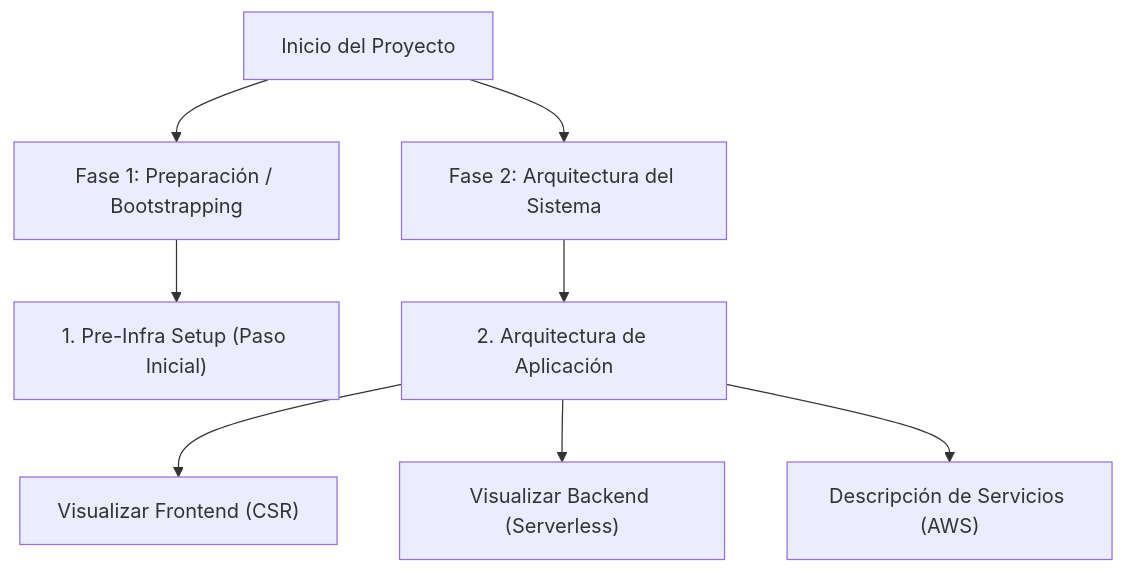
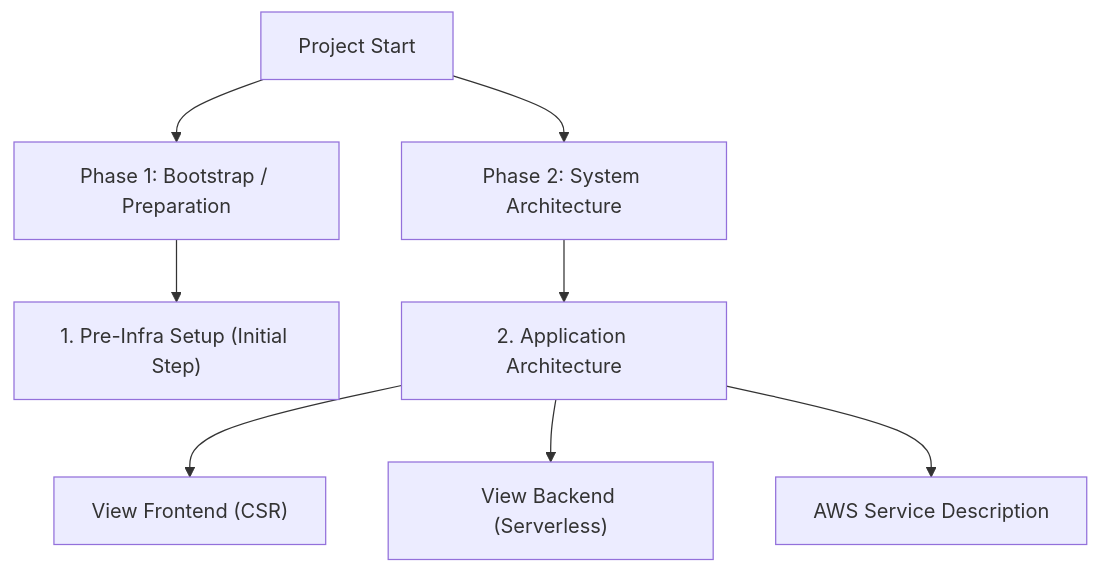
The diagram in docs/README.md (Beep1608/cleanmybelly), drawn with Mermaid before and after one commit. The commit also changed other lines of this file and 5 other files, not shown here.

````diff
--- a/docs/README.md
+++ b/docs/README.md
@@ -11,20 +11,20 @@
 ```mermaid
 graph TD
-    Start[Inicio del Proyecto] --> Phase1[Fase 1: Preparación / Bootstrapping]
-    Start --> Phase2[Fase 2: Arquitectura del Sistema]
+    Start[Project Start] --> Phase1[Phase 1: Bootstrap / Preparation]
+    Start --> Phase2[Phase 2: System Architecture]
 
-    Phase1 --> Link1["1. Pre-Infra Setup (Paso Inicial)"]
-    click Link1 "pre-infra/README.md" "Ir a Guía Pre-Infra"
+    Phase1 --> Link1["1. Pre-Infra Setup (Initial Step)"]
+    click Link1 "pre-infra/README.md" "Go to Pre-Infra Guide"
 
-    Phase2 --> Link2["2. Arquitectura de Aplicación"]
-    click Link2 "infra/README.md" "Ir a Guía de Arquitectura"
+    Phase2 --> Link2["2. Application Architecture"]
+    click Link2 "infra/README.md" "Go to Architecture Guide"
     
-    Link2 --> Link2A["Visualizar Frontend (CSR)"]
-    click Link2A "infra/frontend.md" "Ir a Frontend"
+    Link2 --> Link2A["View Frontend (CSR)"]
+    click Link2A "infra/frontend.md" "Go to Frontend"
     
-    Link2 --> Link2B["Visualizar Backend (Serverless)"]
-    click Link2B "infra/backend.md" "Ir a Backend"
+    Link2 --> Link2B["View Backend (Serverless)"]
+    click Link2B "infra/backend.md" "Go to Backend"
     
-    Link2 --> Link2C["Descripción de Servicios (AWS)"]
-    click Link2C "infra/general.md" "Ir a Guía de Servicios"
+    Link2 --> Link2C["AWS Service Description"]
+    click Link2C "infra/general.md" "Go to Service Guide"
 ```
````
